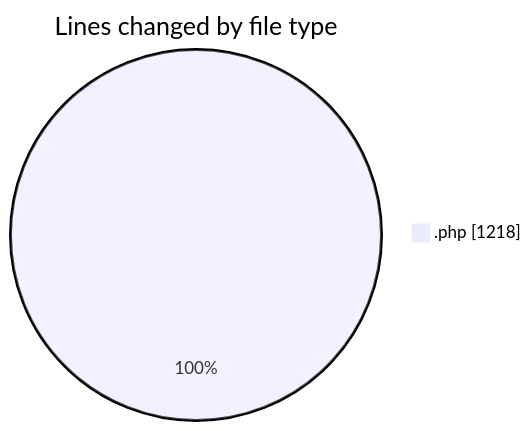
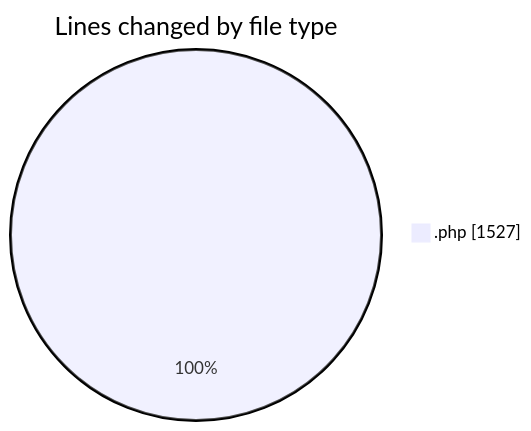
The first of 2 diagrams in 2025-06-23/studio-backend/README.md (idhammustaqopulfikri/code-tracking), drawn with Mermaid before and after one commit. The commit also changed other lines of this file and 1 other file, not shown here.

````diff
--- a/2025-06-23/studio-backend/README.md
+++ b/2025-06-23/studio-backend/README.md
@@ -21,5 +21,5 @@
 ```mermaid
 pie showData
 title Lines changed by file type
-".php" : 1218
+".php" : 1527
 ```
````
